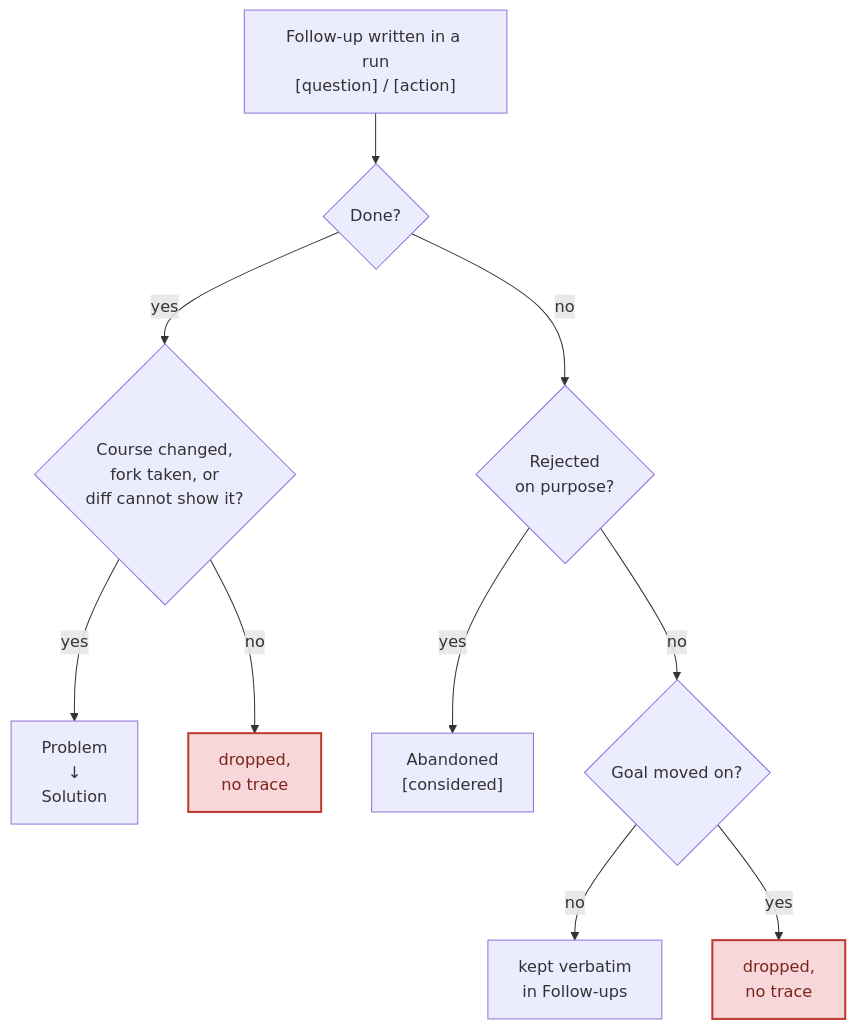
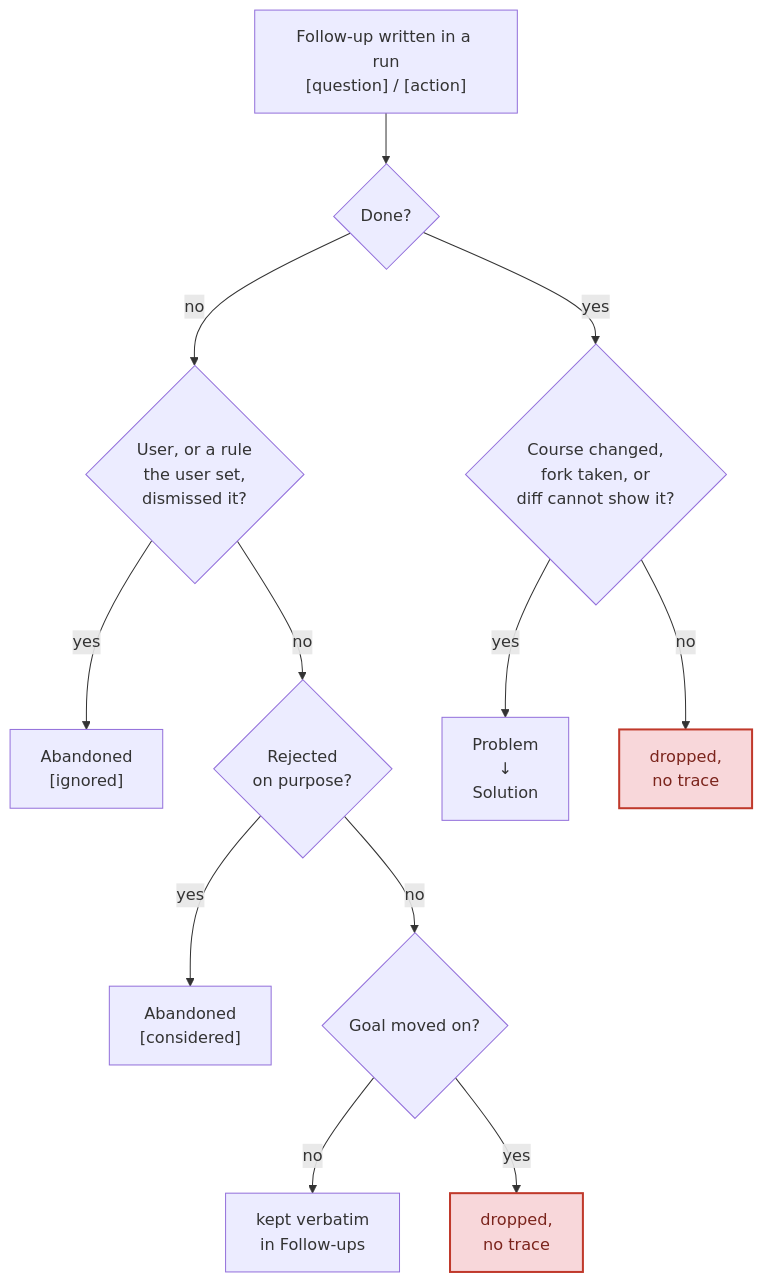
One commit to pilniczek/dev-skills changed the diagram in skills/work-report/README.md. Above: the diagram before and after it, drawn with Mermaid. The commit also changed other lines of this file and 2 other files, not shown here.

First line of the commit message:
shorten work-report and let [ignored] come from a user-set rule

````diff
--- a/skills/work-report/README.md
+++ b/skills/work-report/README.md
@@ -34,14 +34,16 @@
 ```mermaid
 flowchart TD
     A["Follow-up written in a run<br/>[question] / [action]"] --> B{"Done?"}
     B -->|"yes"| D{"Course changed,<br/>fork taken, or<br/>diff cannot show it?"}
-    B -->|"no"| C{"Rejected<br/>on purpose?"}
+    B -->|"no"| K{"User, or a rule<br/>the user set,<br/>dismissed it?"}
+    K -->|"yes"| L["Abandoned<br/>[ignored]"]
+    K -->|"no"| C{"Rejected<br/>on purpose?"}
     D -->|"yes"| H["Problem<br/>&darr;<br/>Solution"]
     D -->|"no"| G["dropped,<br/>no trace"]
     C -->|"yes"| E["Abandoned<br/>[considered]"]
     C -->|"no"| F{"Goal moved on?"}
     F -->|"no"| J["kept verbatim<br/>in Follow-ups"]
     F -->|"yes"| I["dropped,<br/>no trace"]
     classDef dropped fill:#f8d7da,stroke:#c0392b,stroke-width:2px,color:#7b241c
     class G,I dropped
 ```
````
